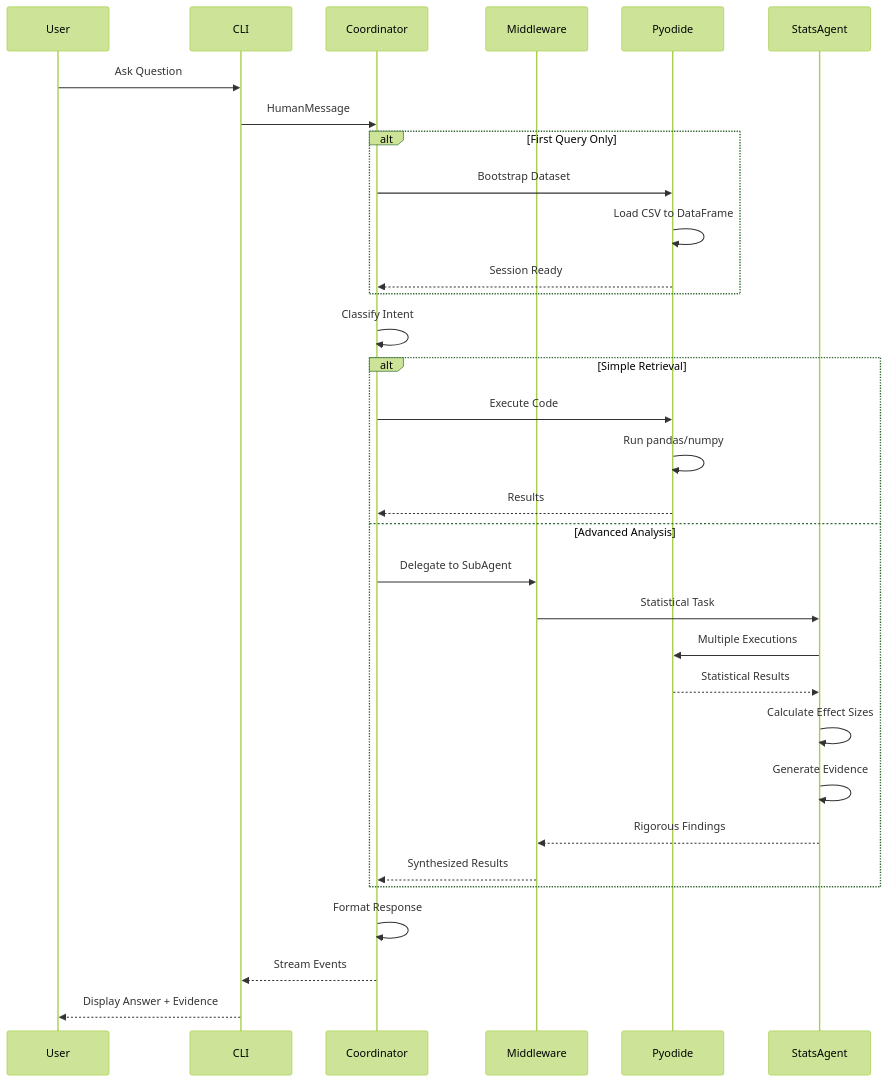
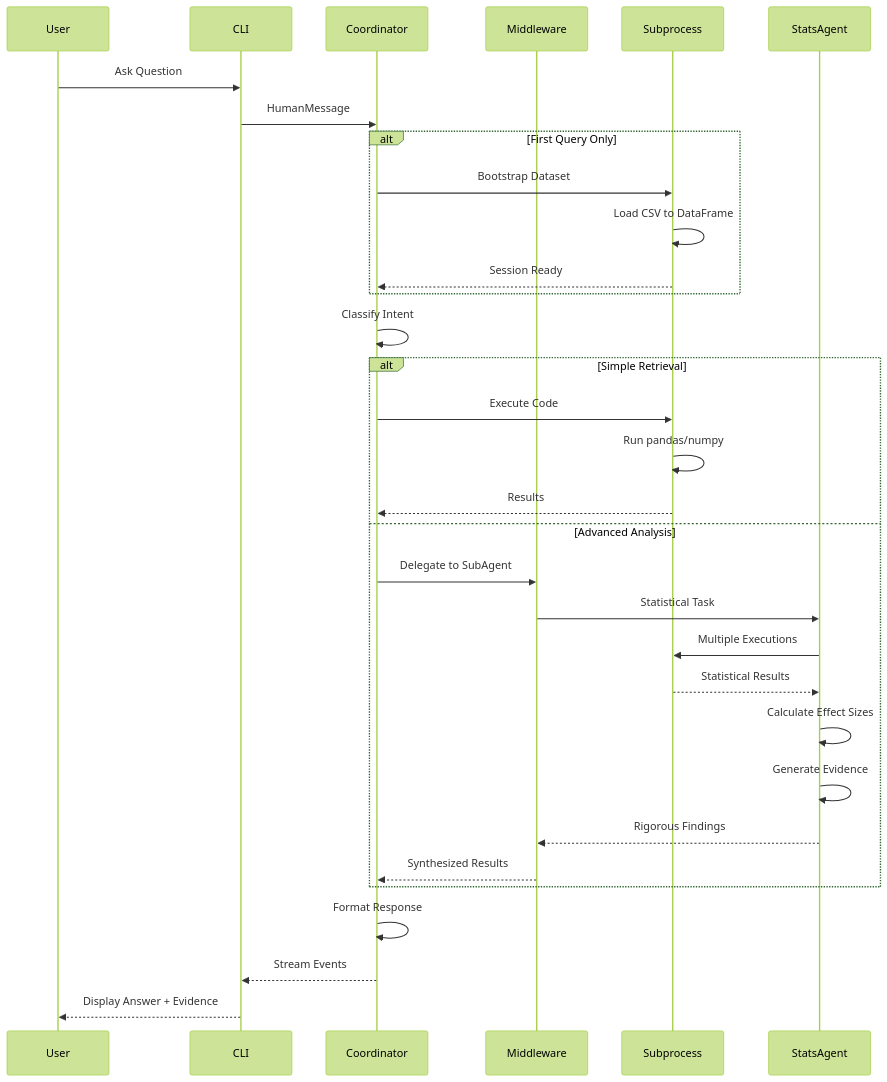
One commit to samon11/synmax-agent changed the second of 3 diagrams in README.md. Above: the diagram before and after it, drawn with Mermaid (forest theme). The commit also changed other lines of this file and 2 other files, not shown here.

````diff
--- a/README.md
+++ b/README.md
@@ -92,39 +233,39 @@
 ```mermaid
 sequenceDiagram
     participant User
     participant CLI
     participant Coordinator
     participant Middleware
-    participant Pyodide
+    participant Subprocess
     participant StatsAgent
 
     User->>CLI: Ask Question
     CLI->>Coordinator: HumanMessage
 
     alt First Query Only
-        Coordinator->>Pyodide: Bootstrap Dataset
-        Pyodide->>Pyodide: Load CSV to DataFrame
-        Pyodide-->>Coordinator: Session Ready
+        Coordinator->>Subprocess: Bootstrap Dataset
+        Subprocess->>Subprocess: Load CSV to DataFrame
+        Subprocess-->>Coordinator: Session Ready
     end
 
     Coordinator->>Coordinator: Classify Intent
 
     alt Simple Retrieval
-        Coordinator->>Pyodide: Execute Code
-        Pyodide->>Pyodide: Run pandas/numpy
-        Pyodide-->>Coordinator: Results
+        Coordinator->>Subprocess: Execute Code
+        Subprocess->>Subprocess: Run pandas/numpy
+        Subprocess-->>Coordinator: Results
     else Advanced Analysis
         Coordinator->>Middleware: Delegate to SubAgent
         Middleware->>StatsAgent: Statistical Task
-        StatsAgent->>Pyodide: Multiple Executions
-        Pyodide-->>StatsAgent: Statistical Results
+        StatsAgent->>Subprocess: Multiple Executions
+        Subprocess-->>StatsAgent: Statistical Results
         StatsAgent->>StatsAgent: Calculate Effect Sizes
         StatsAgent->>StatsAgent: Generate Evidence
         StatsAgent-->>Middleware: Rigorous Findings
         Middleware-->>Coordinator: Synthesized Results
     end
 
     Coordinator->>Coordinator: Format Response
     Coordinator-->>CLI: Stream Events
     CLI-->>User: Display Answer + Evidence
 ```
````
